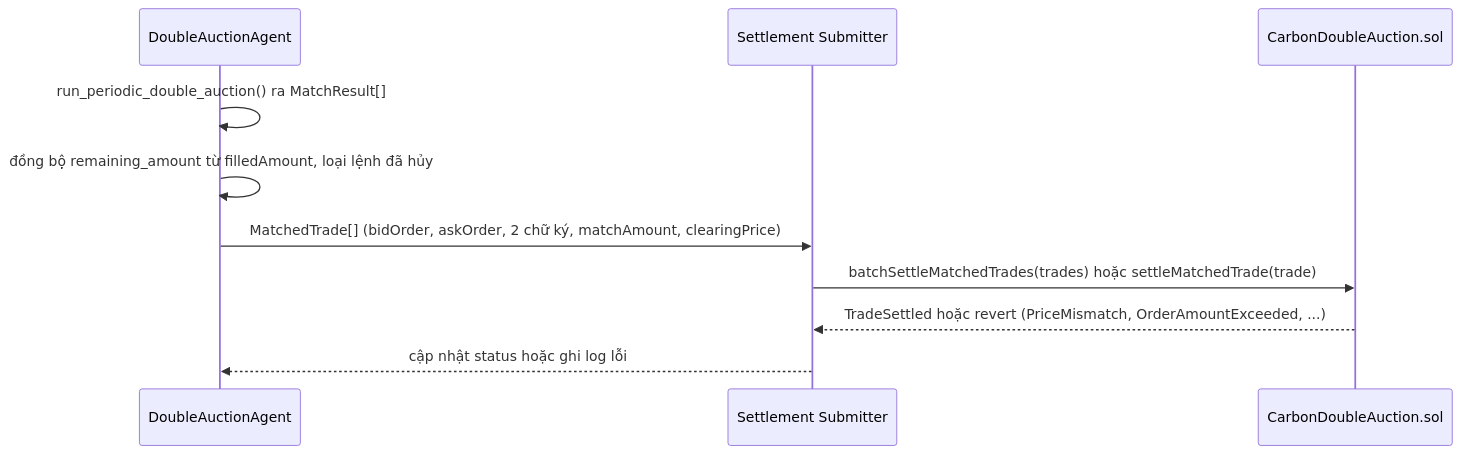
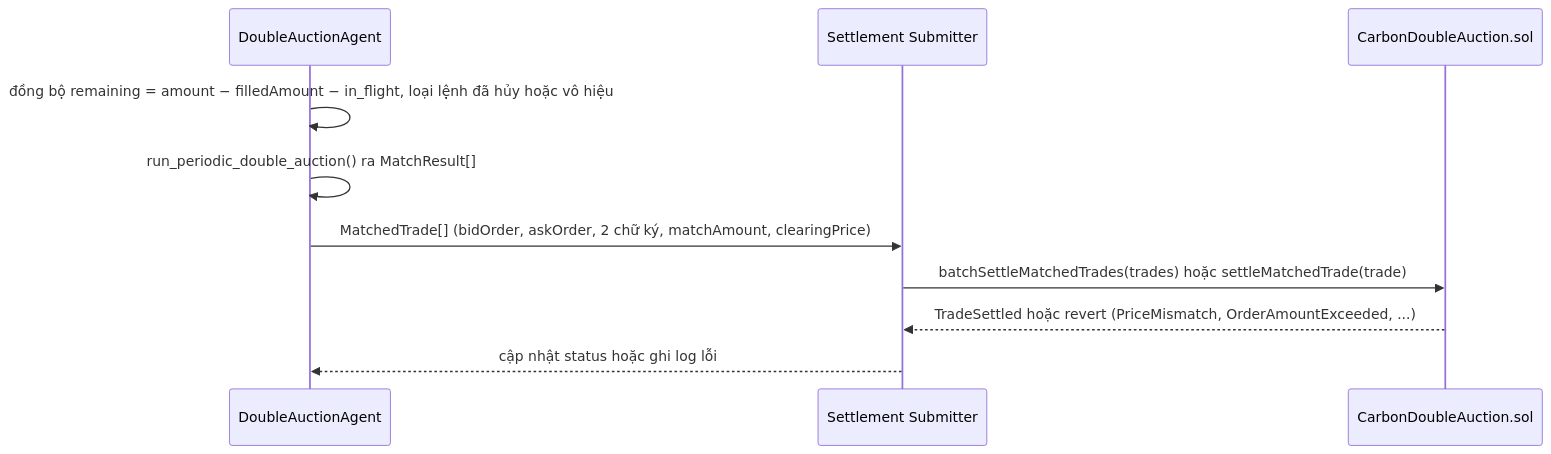
The fourth of 4 diagrams in docs/MATCHING_ENGINE_SPEC.md (HuyDangXuan/decentralized-carbon-trading), drawn with Mermaid before and after one commit. The commit also changed other lines of this file and 2 other files, not shown here.

````diff
--- a/docs/MATCHING_ENGINE_SPEC.md
+++ b/docs/MATCHING_ENGINE_SPEC.md
@@ -258,13 +261,13 @@
 ```mermaid
 sequenceDiagram
     participant E as DoubleAuctionAgent
     participant SUB as Settlement Submitter
     participant SC as CarbonDoubleAuction.sol
 
+    E->>E: đồng bộ remaining = amount − filledAmount − in_flight, loại lệnh đã hủy hoặc vô hiệu
     E->>E: run_periodic_double_auction() ra MatchResult[]
-    E->>E: đồng bộ remaining_amount từ filledAmount, loại lệnh đã hủy
     E->>SUB: MatchedTrade[] (bidOrder, askOrder, 2 chữ ký, matchAmount, clearingPrice)
     SUB->>SC: batchSettleMatchedTrades(trades) hoặc settleMatchedTrade(trade)
     SC-->>SUB: TradeSettled hoặc revert (PriceMismatch, OrderAmountExceeded, ...)
     SUB-->>E: cập nhật status hoặc ghi log lỗi
 ```
````
